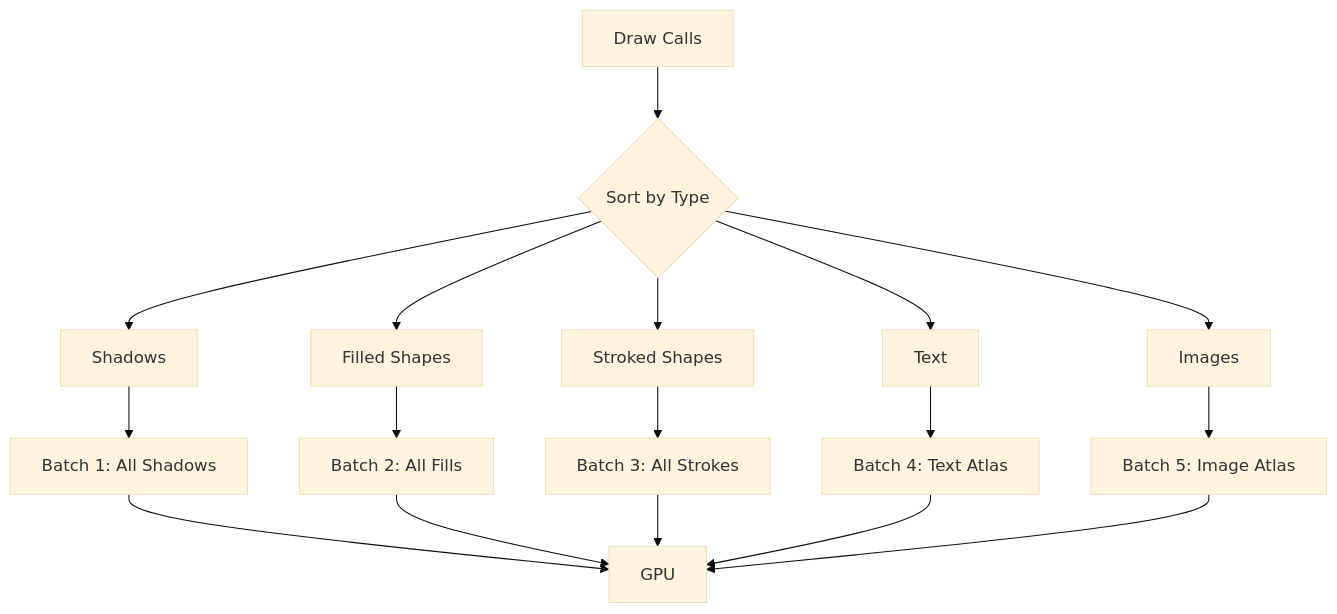
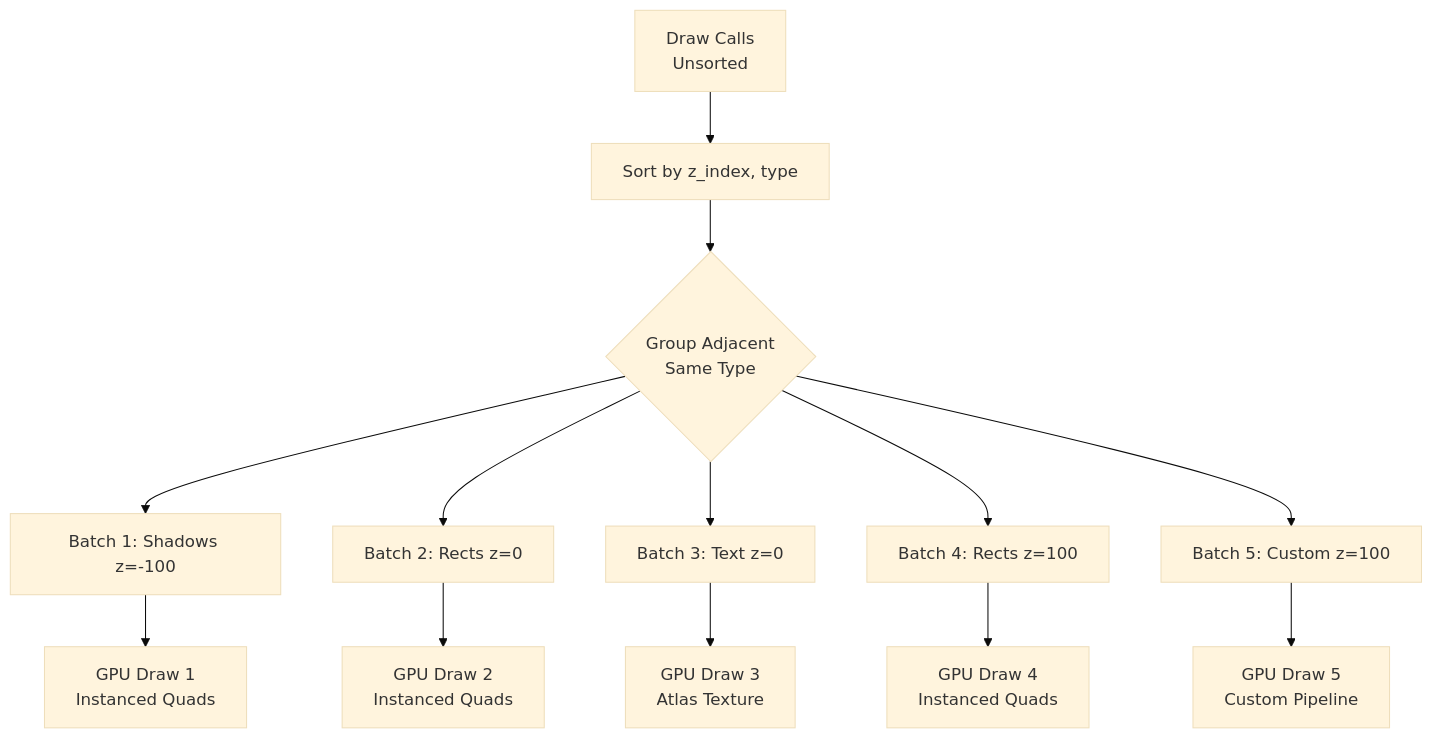
The diagram in 2D_API.md (shi-yan/AssortedWidgets), drawn with Mermaid (base theme) before and after one commit. The commit also changed other lines of this file and 1 other file, not shown here.

````diff
--- a/2D_API.md
+++ b/2D_API.md
@@ -532,21 +967,16 @@
 ```mermaid
 graph TD
-    A[Draw Calls] --> B{Sort by Type}
-    B --> C[Shadows]
-    B --> D[Filled Shapes]
-    B --> E[Stroked Shapes]
-    B --> F[Text]
-    B --> G[Images]
+    A[Draw Calls<br/>Unsorted] --> B[Sort by z_index, type]
+    B --> C{Group Adjacent<br/>Same Type}
+    C --> D[Batch 1: Shadows z=-100]
+    C --> E[Batch 2: Rects z=0]
+    C --> F[Batch 3: Text z=0]
+    C --> G[Batch 4: Rects z=100]
+    C --> H[Batch 5: Custom z=100]
 
-    C --> H[Batch 1: All Shadows]
-    D --> I[Batch 2: All Fills]
-    E --> J[Batch 3: All Strokes]
-    F --> K[Batch 4: Text Atlas]
-    G --> L[Batch 5: Image Atlas]
-
-    H --> M[GPU]
-    I --> M
-    J --> M
-    K --> M
-    L --> M
+    D --> I[GPU Draw 1<br/>Instanced Quads]
+    E --> J[GPU Draw 2<br/>Instanced Quads]
+    F --> K[GPU Draw 3<br/>Atlas Texture]
+    G --> L[GPU Draw 4<br/>Instanced Quads]
+    H --> M[GPU Draw 5<br/>Custom Pipeline]
 ```
````
